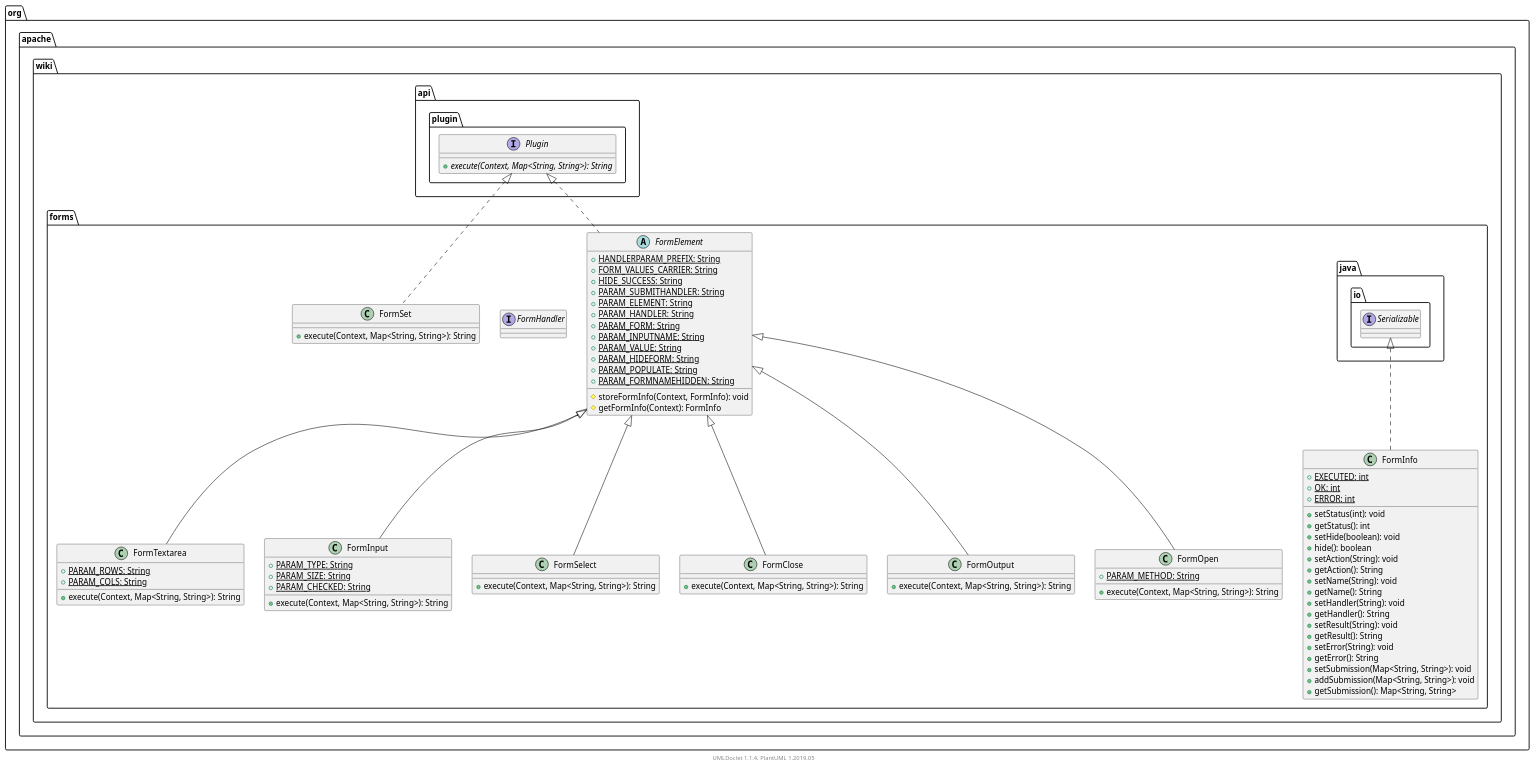
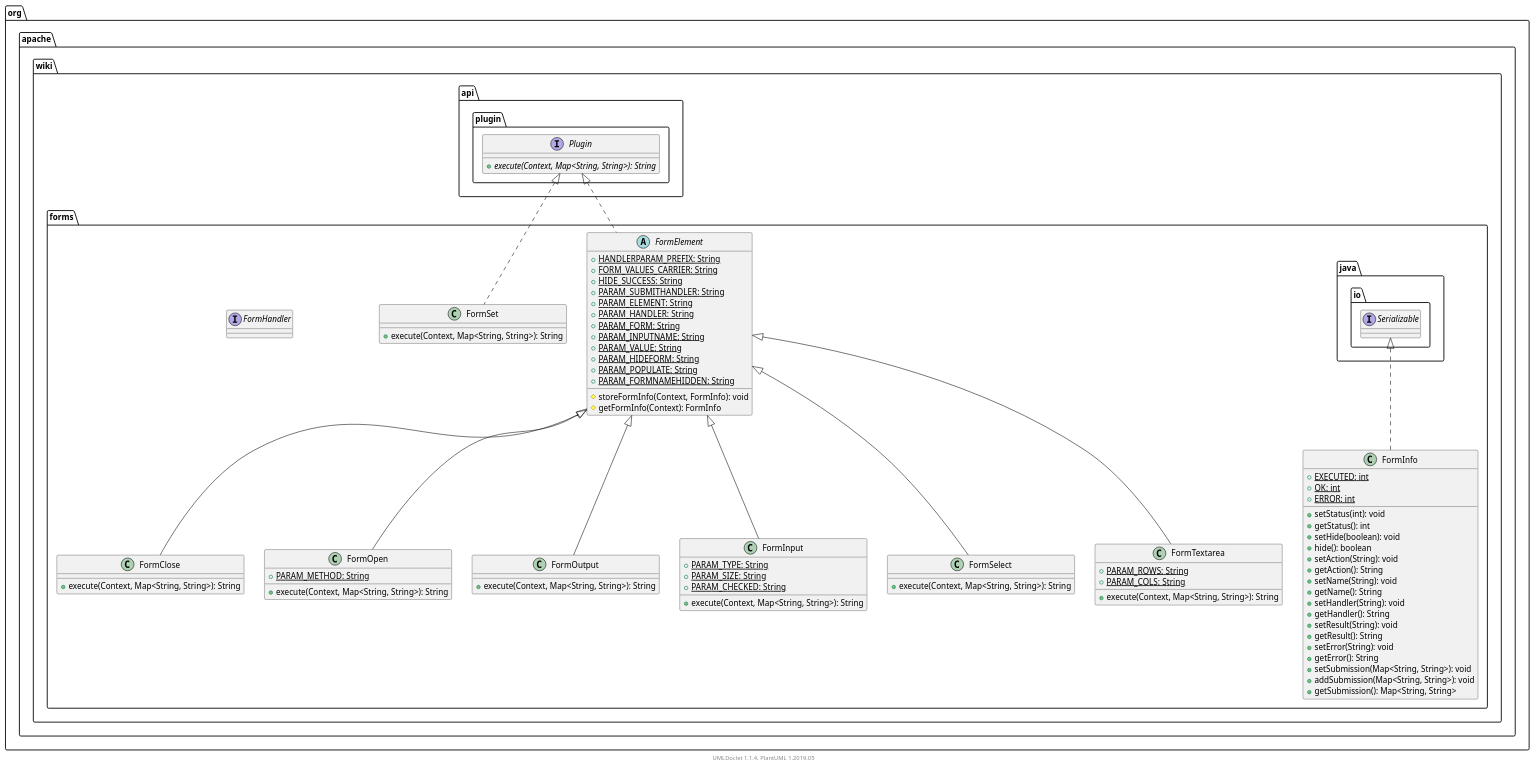
The diagram in apidocs/2.11.0.M7-SNAPSHOT/org/apache/wiki/forms/package.puml (apache/jspwiki-site), drawn with PlantUML before and after one commit. The commit also changed other lines of this file and 1733 other files, not shown here.

```diff
--- a/apidocs/2.11.0.M7-SNAPSHOT/org/apache/wiki/forms/package.puml
+++ b/apidocs/2.11.0.M7-SNAPSHOT/org/apache/wiki/forms/package.puml
@@ -1,108 +1,108 @@
 @startuml
 
     namespace org.apache.wiki.forms {
-
-        class FormTextarea [[FormTextarea.html]] {
-            {static} +PARAM_ROWS: String
-            {static} +PARAM_COLS: String
-            +execute(Context, Map<String, String>): String
-        }
-
-        abstract class FormElement [[FormElement.html]] {
-            {static} +HANDLERPARAM_PREFIX: String
-            {static} +FORM_VALUES_CARRIER: String
-            {static} +HIDE_SUCCESS: String
-            {static} +PARAM_SUBMITHANDLER: String
-            {static} +PARAM_ELEMENT: String
-            {static} +PARAM_HANDLER: String
-            {static} +PARAM_FORM: String
-            {static} +PARAM_INPUTNAME: String
-            {static} +PARAM_VALUE: String
-            {static} +PARAM_HIDEFORM: String
-            {static} +PARAM_POPULATE: String
-            {static} +PARAM_FORMNAMEHIDDEN: String
-            #storeFormInfo(Context, FormInfo): void
-            #getFormInfo(Context): FormInfo
-        }
-
-        class FormInput [[FormInput.html]] {
-            {static} +PARAM_TYPE: String
-            {static} +PARAM_SIZE: String
-            {static} +PARAM_CHECKED: String
-            +execute(Context, Map<String, String>): String
-        }
-
-        class FormSelect [[FormSelect.html]] {
-            +execute(Context, Map<String, String>): String
-        }
-
-        class FormClose [[FormClose.html]] {
-            +execute(Context, Map<String, String>): String
-        }
-
-        class FormOutput [[FormOutput.html]] {
-            +execute(Context, Map<String, String>): String
-        }
-
-        interface FormHandler [[FormHandler.html]] {
-        }
 
         class FormInfo [[FormInfo.html]] {
             {static} +EXECUTED: int
             {static} +OK: int
             {static} +ERROR: int
             +setStatus(int): void
             +getStatus(): int
             +setHide(boolean): void
             +hide(): boolean
             +setAction(String): void
             +getAction(): String
             +setName(String): void
             +getName(): String
             +setHandler(String): void
             +getHandler(): String
             +setResult(String): void
             +getResult(): String
             +setError(String): void
             +getError(): String
             +setSubmission(Map<String, String>): void
             +addSubmission(Map<String, String>): void
             +getSubmission(): Map<String, String>
         }
 
-        class FormSet [[FormSet.html]] {
+        class FormClose [[FormClose.html]] {
             +execute(Context, Map<String, String>): String
         }
 
         class FormOpen [[FormOpen.html]] {
             {static} +PARAM_METHOD: String
             +execute(Context, Map<String, String>): String
         }
 
-        FormElement <|-- FormTextarea
+        abstract class FormElement [[FormElement.html]] {
+            {static} +HANDLERPARAM_PREFIX: String
+            {static} +FORM_VALUES_CARRIER: String
+            {static} +HIDE_SUCCESS: String
+            {static} +PARAM_SUBMITHANDLER: String
+            {static} +PARAM_ELEMENT: String
+            {static} +PARAM_HANDLER: String
+            {static} +PARAM_FORM: String
+            {static} +PARAM_INPUTNAME: String
+            {static} +PARAM_VALUE: String
+            {static} +PARAM_HIDEFORM: String
+            {static} +PARAM_POPULATE: String
+            {static} +PARAM_FORMNAMEHIDDEN: String
+            #storeFormInfo(Context, FormInfo): void
+            #getFormInfo(Context): FormInfo
+        }
+
+        class FormOutput [[FormOutput.html]] {
+            +execute(Context, Map<String, String>): String
+        }
+
+        class FormSet [[FormSet.html]] {
+            +execute(Context, Map<String, String>): String
+        }
+
+        class FormInput [[FormInput.html]] {
+            {static} +PARAM_TYPE: String
+            {static} +PARAM_SIZE: String
+            {static} +PARAM_CHECKED: String
+            +execute(Context, Map<String, String>): String
+        }
+
+        interface FormHandler [[FormHandler.html]] {
+        }
+
+        class FormSelect [[FormSelect.html]] {
+            +execute(Context, Map<String, String>): String
+        }
+
+        class FormTextarea [[FormTextarea.html]] {
+            {static} +PARAM_ROWS: String
+            {static} +PARAM_COLS: String
+            +execute(Context, Map<String, String>): String
+        }
+
+        interface java.io.Serializable
+        java.io.Serializable <|.. FormInfo
+
+        FormElement <|-- FormClose
+
+        FormElement <|-- FormOpen
 
         interface org.apache.wiki.api.plugin.Plugin {
             {abstract} +execute(Context, Map<String, String>): String
         }
         org.apache.wiki.api.plugin.Plugin <|.. FormElement
 
+        FormElement <|-- FormOutput
+
+        org.apache.wiki.api.plugin.Plugin <|.. FormSet
+
         FormElement <|-- FormInput
 
         FormElement <|-- FormSelect
 
-        FormElement <|-- FormClose
-
-        FormElement <|-- FormOutput
-
-        interface java.io.Serializable
-        java.io.Serializable <|.. FormInfo
-
-        org.apache.wiki.api.plugin.Plugin <|.. FormSet
-
-        FormElement <|-- FormOpen
+        FormElement <|-- FormTextarea
 
     }
 
 
     center footer UMLDoclet 1.1.4, PlantUML 1.2019.05
 @enduml
```
